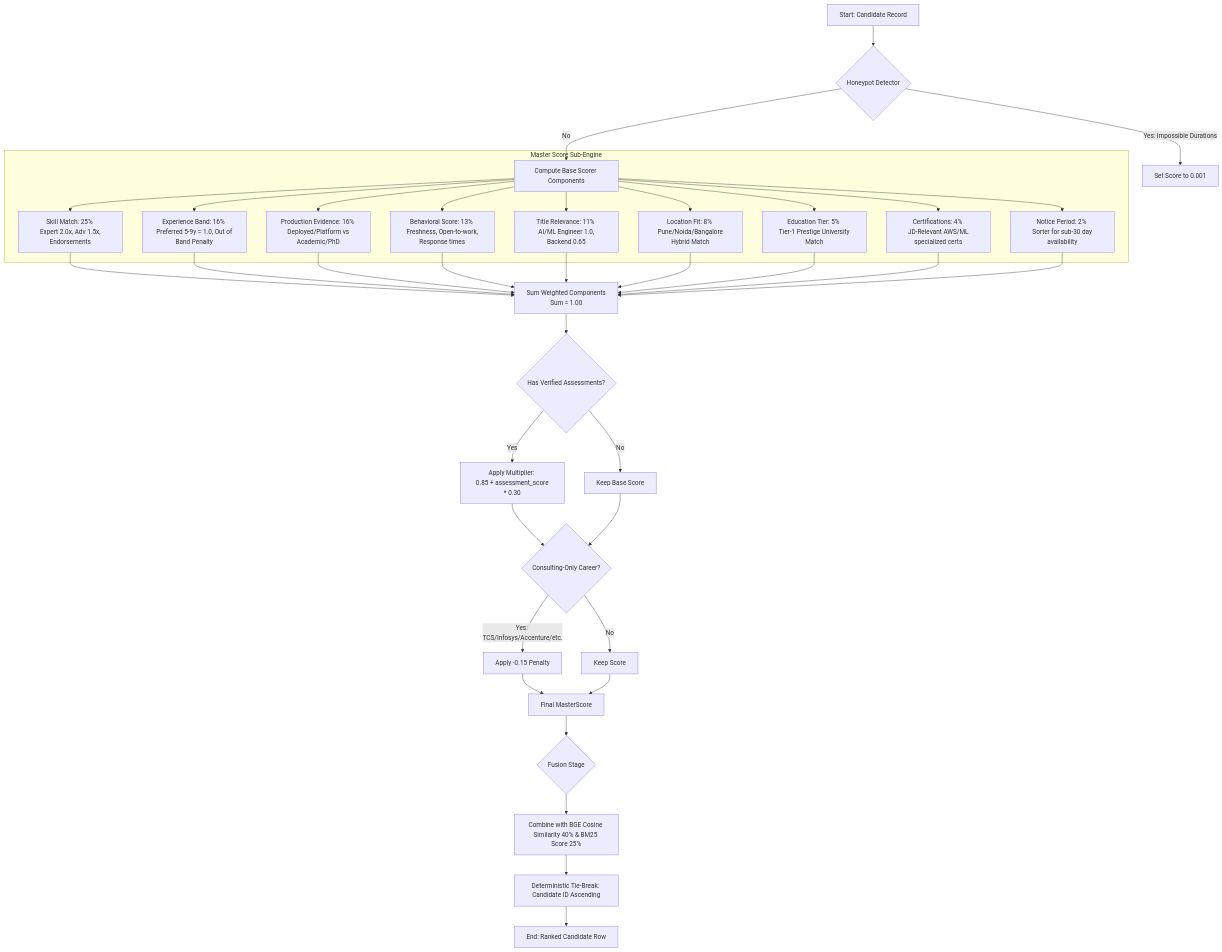
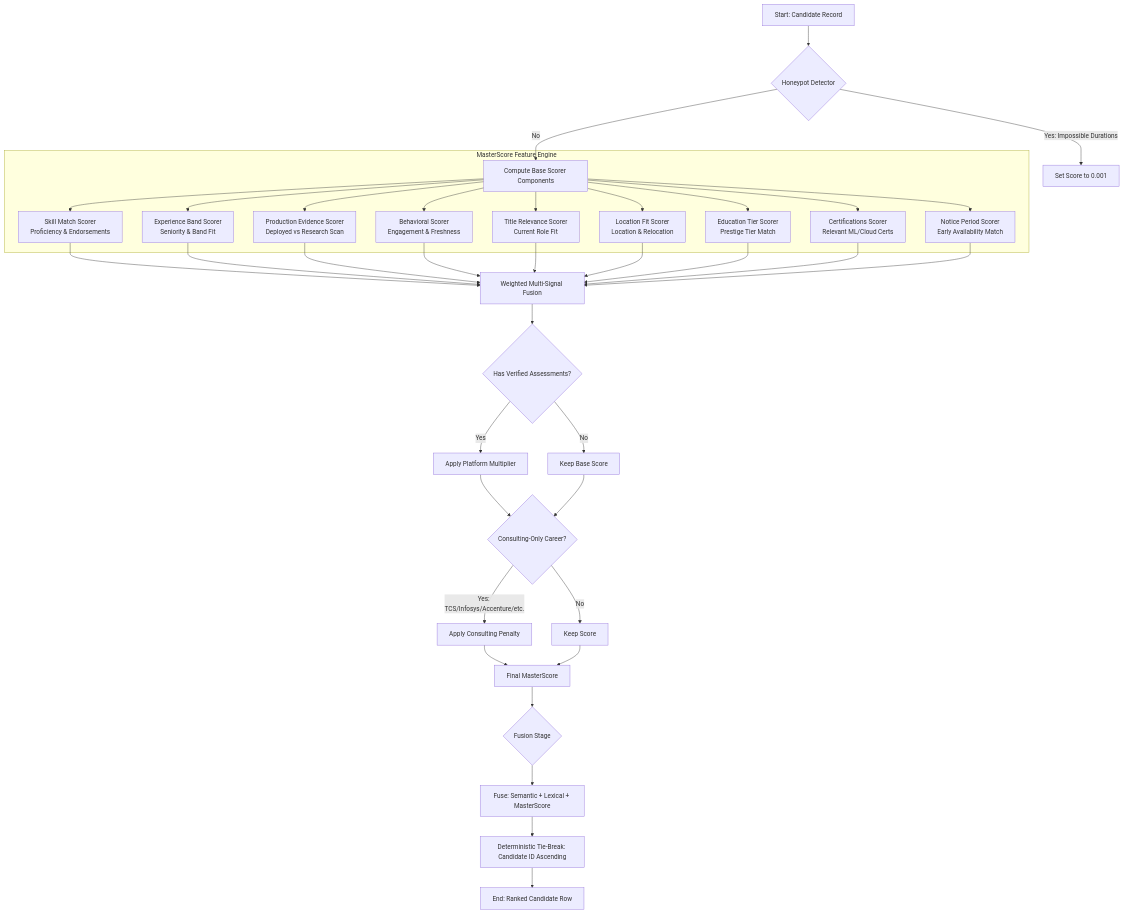
The second of 2 diagrams in README.md (AbhayBhise/REDROB-AI-), drawn with Mermaid before and after one commit. The commit also changed other lines of this file, not shown here.

Commit message:
docs: refine architecture and workflow Mermaid diagrams in README.md

````diff
--- a/README.md
+++ b/README.md
@@ -82,35 +85,35 @@
 ```mermaid
 graph TD
     A[Start: Candidate Record] --> B{Honeypot Detector}
     B -->|Yes: Impossible Durations| C[Set Score to 0.001]
     B -->|No| D[Compute Base Scorer Components]
     
-    subgraph Master Score Sub-Engine
-        D --> D1[Skill Match: 25% <br> Expert 2.0x, Adv 1.5x, Endorsements]
-        D --> D2[Experience Band: 16% <br> Preferred 5-9y = 1.0, Out of Band Penalty]
-        D --> D3[Production Evidence: 16% <br> Deployed/Platform vs Academic/PhD]
-        D --> D4[Behavioral Score: 13% <br> Freshness, Open-to-work, Response times]
-        D --> D5[Title Relevance: 11% <br> AI/ML Engineer 1.0, Backend 0.65]
-        D --> D6[Location Fit: 8% <br> Pune/Noida/Bangalore Hybrid Match]
-        D --> D7[Education Tier: 5% <br> Tier-1 Prestige University Match]
-        D --> D8[Certifications: 4% <br> JD-Relevant AWS/ML specialized certs]
-        D --> D9[Notice Period: 2% <br> Sorter for sub-30 day availability]
+    subgraph MasterScore Feature Engine
+        D --> D1[Skill Match Scorer <br> Proficiency & Endorsements]
+        D --> D2[Experience Band Scorer <br> Seniority & Band Fit]
+        D --> D3[Production Evidence Scorer <br> Deployed vs Research Scan]
+        D --> D4[Behavioral Scorer <br> Engagement & Freshness]
+        D --> D5[Title Relevance Scorer <br> Current Role Fit]
+        D --> D6[Location Fit Scorer <br> Location & Relocation]
+        D --> D7[Education Tier Scorer <br> Prestige Tier Match]
+        D --> D8[Certifications Scorer <br> Relevant ML/Cloud Certs]
+        D --> D9[Notice Period Scorer <br> Early Availability Match]
     end
 
-    D1 & D2 & D3 & D4 & D5 & D6 & D7 & D8 & D9 --> E[Sum Weighted Components <br> Sum = 1.00]
+    D1 & D2 & D3 & D4 & D5 & D6 & D7 & D8 & D9 --> E[Weighted Multi-Signal Fusion]
     
     E --> F{Has Verified Assessments?}
-    F -->|Yes| G[Apply Multiplier: <br> 0.85 + assessment_score * 0.30]
+    F -->|Yes| G[Apply Platform Multiplier]
     F -->|No| H[Keep Base Score]
     
     G & H --> I{Consulting-Only Career?}
-    I -->|Yes: TCS/Infosys/Accenture/etc.| J[Apply -0.15 Penalty]
+    I -->|Yes: TCS/Infosys/Accenture/etc.| J[Apply Consulting Penalty]
     I -->|No| K[Keep Score]
     
     J & K --> L[Final MasterScore]
     
     L --> M{Fusion Stage}
-    M --> N[Combine with BGE Cosine Similarity 40% & BM25 Score 25%]
+    M --> N[Fuse: Semantic + Lexical + MasterScore]
     N --> O[Deterministic Tie-Break: Candidate ID Ascending]
     O --> P[End: Ranked Candidate Row]
 ```
````
